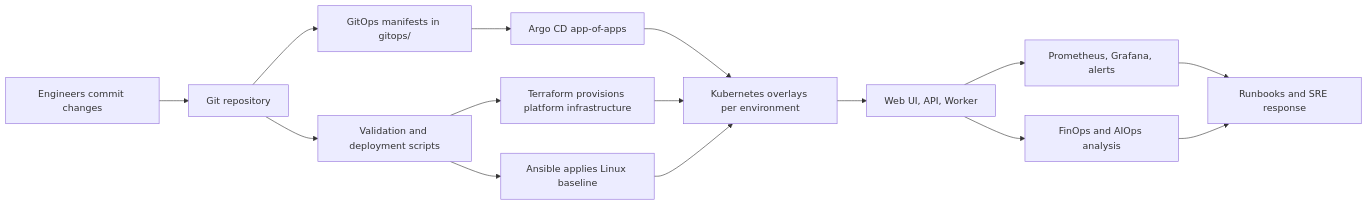
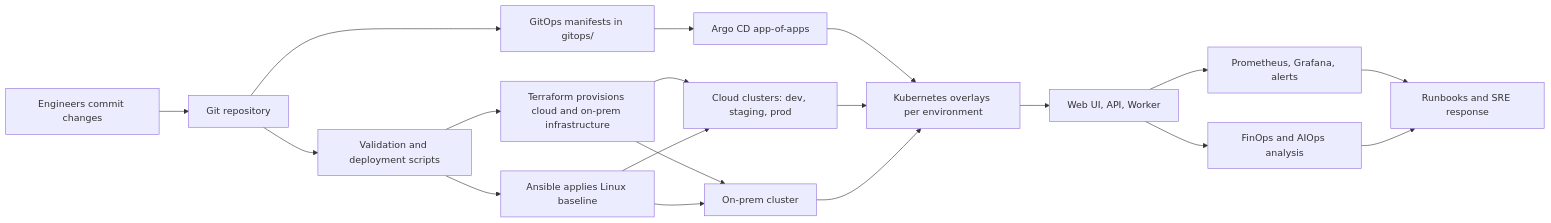
The diagram in README.md (Here2ServeU/nawex-hybrid-devops-platform), drawn with Mermaid before and after one commit. The commit also changed other lines of this file and 24 other files, not shown here.

````diff
--- a/README.md
+++ b/README.md
@@ -11,17 +11,21 @@
 ```mermaid
 flowchart LR
     Dev[Engineers commit changes] --> GH[Git repository]
     GH --> CI[Validation and deployment scripts]
-    CI --> TF[Terraform provisions platform infrastructure]
+    CI --> TF[Terraform provisions cloud and on-prem infrastructure]
     CI --> ANS[Ansible applies Linux baseline]
     GH --> GO[GitOps manifests in gitops/]
     GO --> ARGO[Argo CD app-of-apps]
     ARGO --> K8S[Kubernetes overlays per environment]
-    TF --> K8S
-    ANS --> K8S
+    TF --> CLOUD[Cloud clusters: dev, staging, prod]
+    TF --> ONPREM[On-prem cluster]
+    ANS --> CLOUD
+    ANS --> ONPREM
+    CLOUD --> K8S
+    ONPREM --> K8S
     K8S --> APPS[Web UI, API, Worker]
     APPS --> OBS[Prometheus, Grafana, alerts]
     OBS --> OPS[Runbooks and SRE response]
     APPS --> FIN[FinOps and AIOps analysis]
     FIN --> OPS
 ```
````
